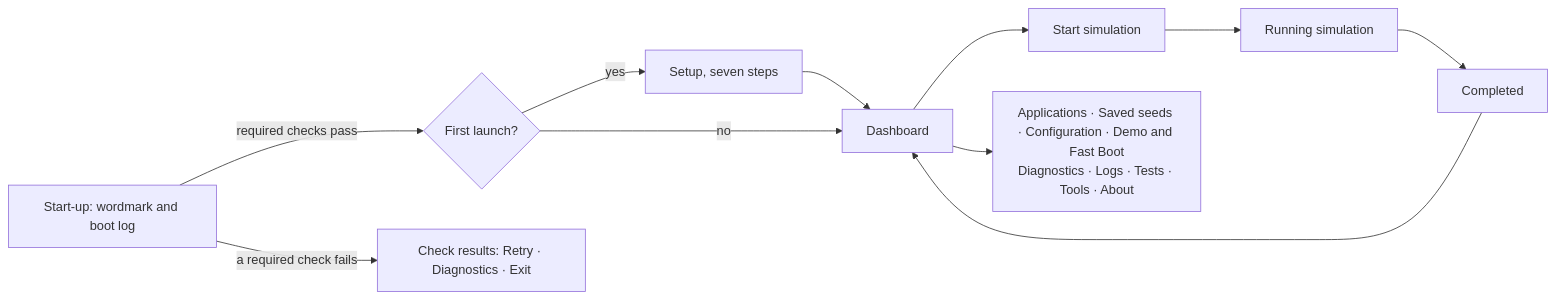
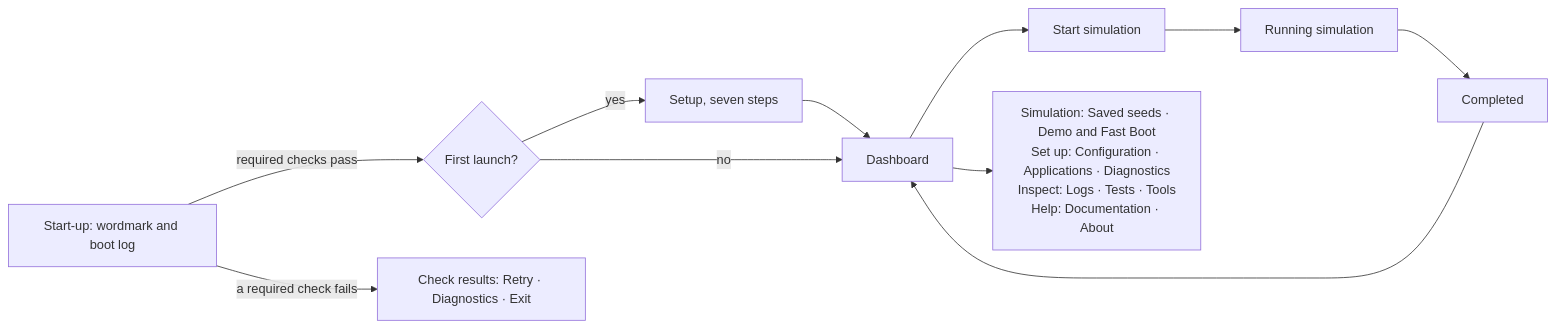
The diagram in docs/guide/operator-cli.md (varunkarthic/DSTNS), drawn with Mermaid before and after one commit. The commit also changed other lines of this file and 22 other files, not shown here.

````diff
--- a/docs/guide/operator-cli.md
+++ b/docs/guide/operator-cli.md
@@ -77,10 +77,10 @@
 ```mermaid
 flowchart LR
     Splash["Start-up: wordmark and boot log"] -->|"required checks pass"| Setup{"First launch?"}
     Splash -->|"a required check fails"| Fix["Check results: Retry · Diagnostics · Exit"]
     Setup -->|yes| Wizard["Setup, seven steps"] --> Dash["Dashboard"]
     Setup -->|no| Dash
     Dash --> Start["Start simulation"] --> Run["Running simulation"] --> Done["Completed"]
     Done --> Dash
-    Dash --> Other["Applications · Saved seeds · Configuration · Demo and Fast Boot<br/>Diagnostics · Logs · Tests · Tools · About"]
+    Dash --> Other["Simulation: Saved seeds · Demo and Fast Boot<br/>Set up: Configuration · Applications · Diagnostics<br/>Inspect: Logs · Tests · Tools<br/>Help: Documentation · About"]
 ```
````
